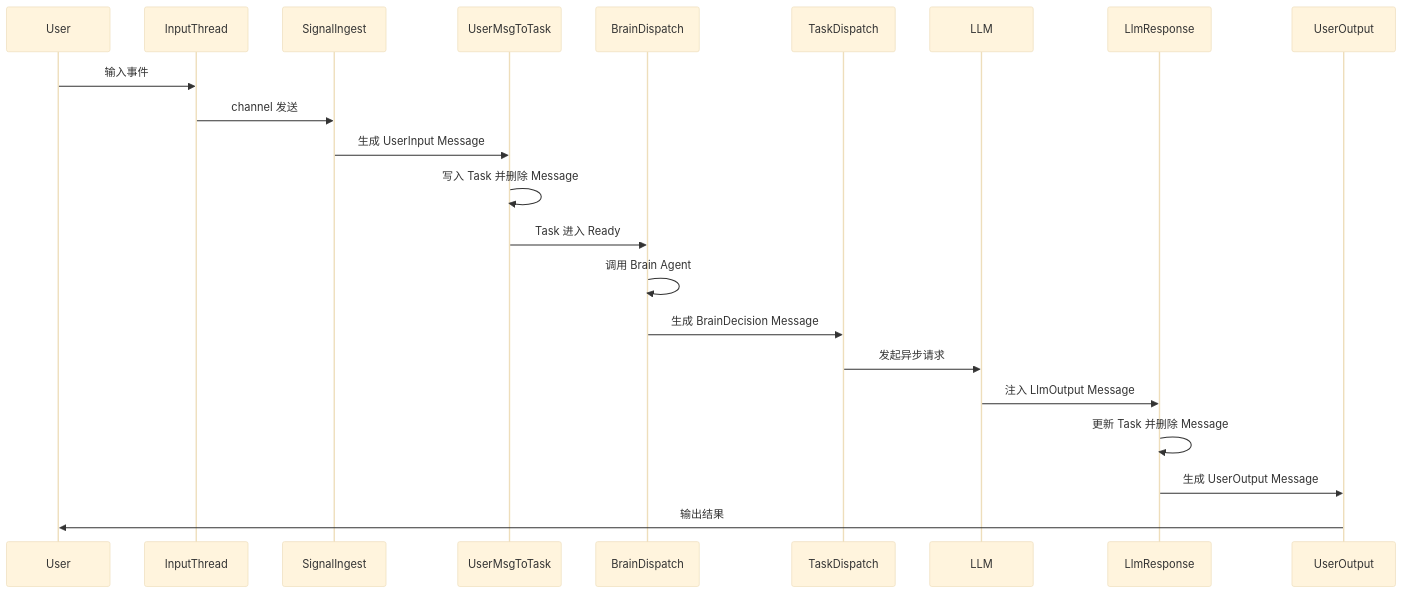
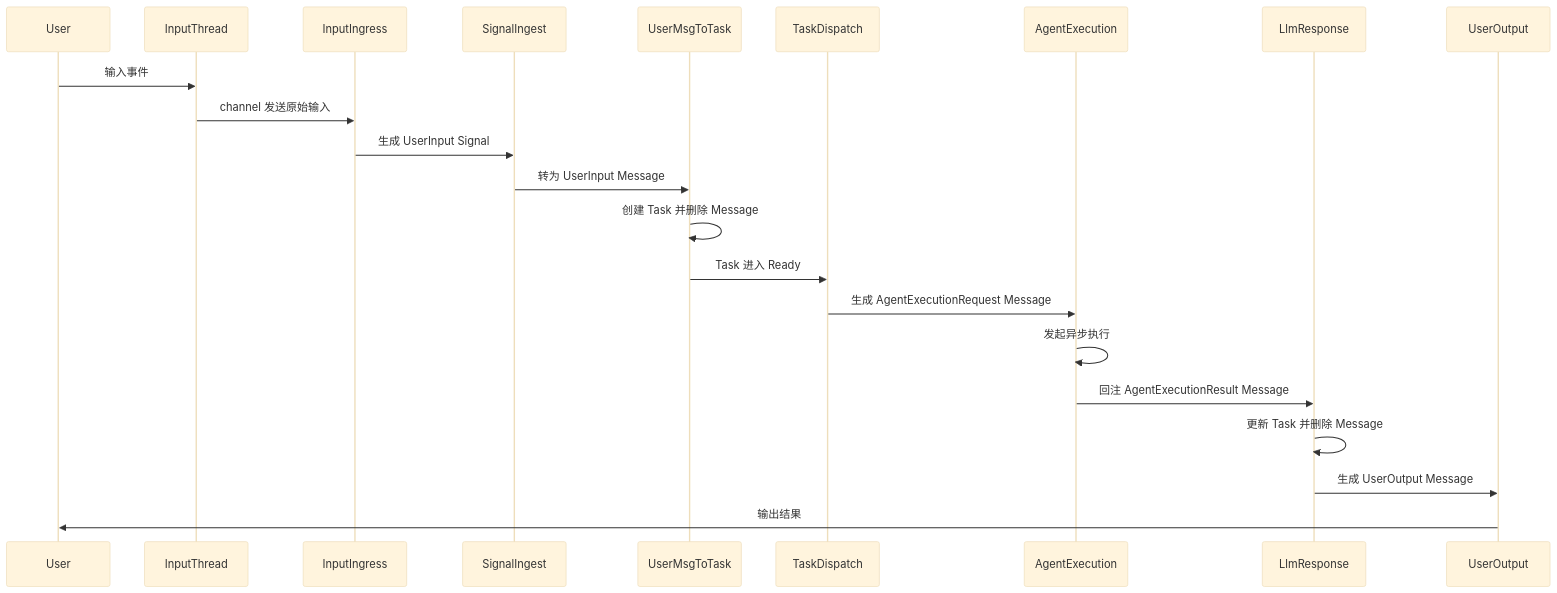
Before and after one commit to diaters/AH: the third of 5 diagrams in docs/design/2026-05-10-core-flow-design.md, drawn with Mermaid (base theme). The commit also changed other lines of this file and 23 other files, not shown here.

````diff
--- a/docs/design/2026-05-10-core-flow-design.md
+++ b/docs/design/2026-05-10-core-flow-design.md
@@ -358,25 +632,25 @@
 ```mermaid
 sequenceDiagram
     participant User
     participant InputThread
+    participant InputIngress
     participant SignalIngest
     participant UserMsgToTask
-    participant BrainDispatch
     participant TaskDispatch
-    participant LLM
+    participant AgentExecution
     participant LlmResponse
     participant UserOutput
 
     User->>InputThread: 输入事件
-    InputThread->>SignalIngest: channel 发送
-    SignalIngest->>UserMsgToTask: 生成 UserInput Message
-    UserMsgToTask->>UserMsgToTask: 写入 Task 并删除 Message
-    UserMsgToTask->>BrainDispatch: Task 进入 Ready
-    BrainDispatch->>BrainDispatch: 调用 Brain Agent
-    BrainDispatch->>TaskDispatch: 生成 BrainDecision Message
-    TaskDispatch->>LLM: 发起异步请求
-    LLM->>LlmResponse: 注入 LlmOutput Message
+    InputThread->>InputIngress: channel 发送原始输入
+    InputIngress->>SignalIngest: 生成 UserInput Signal
+    SignalIngest->>UserMsgToTask: 转为 UserInput Message
+    UserMsgToTask->>UserMsgToTask: 创建 Task 并删除 Message
+    UserMsgToTask->>TaskDispatch: Task 进入 Ready
+    TaskDispatch->>AgentExecution: 生成 AgentExecutionRequest Message
+    AgentExecution->>AgentExecution: 发起异步执行
+    AgentExecution->>LlmResponse: 回注 AgentExecutionResult Message
     LlmResponse->>LlmResponse: 更新 Task 并删除 Message
     LlmResponse->>UserOutput: 生成 UserOutput Message
     UserOutput->>User: 输出结果
 ```
````
